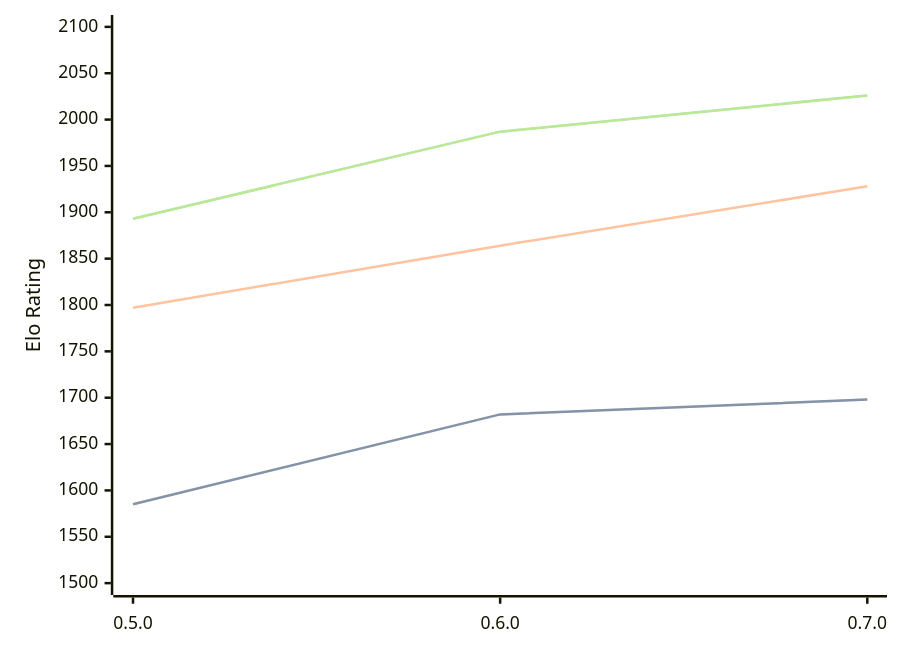
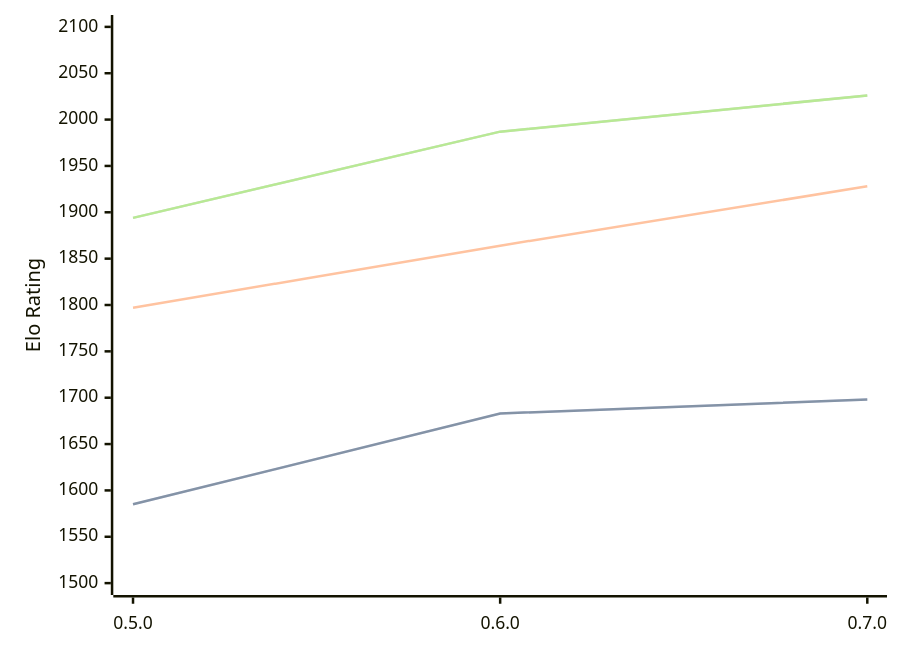
Before and after one commit to computer-chess-index/cci: the diagram in engines/Chess-rs.md, drawn with Mermaid. The commit also changed other lines of this file, not shown here.

Commit message:
Update CCI Ratings (ELO VLTC) - 2026-09-25

````diff
--- a/engines/Chess-rs.md
+++ b/engines/Chess-rs.md
@@ -33,11 +33,11 @@
 ```mermaid
 %%{init: {"theme":"base","themeVariables":{"seriesColors:['#a3a3a3','#222221','#faa371']}}}%%
 xychart-beta
   x-axis ["0.5.0", "0.6.0", "0.7.0"]
   y-axis "Elo Rating" 1500 --> 2100
-  line "" [1585, 1682, 1698]
-  line "STC (8.0+0.08s)" [1585, 1682, 1698]
+  line "" [1585, 1683, 1698]
+  line "STC (8.0+0.08s)" [1585, 1683, 1698]
   line "LTC (60.0+0.60s)" [1797, 1864, 1928]
-  line "" [1893, 1987, 2026]
-  line "VLTC (2m24s+1.12s)" [1893, 1987, 2026]
+  line "" [1894, 1987, 2026]
+  line "VLTC (2m24s+1.12s)" [1894, 1987, 2026]
 ```
````
